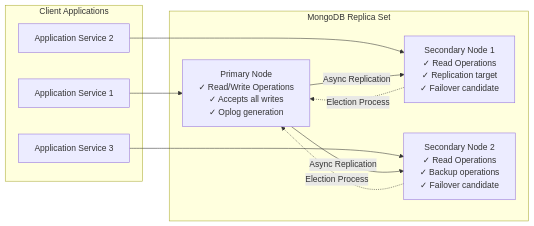
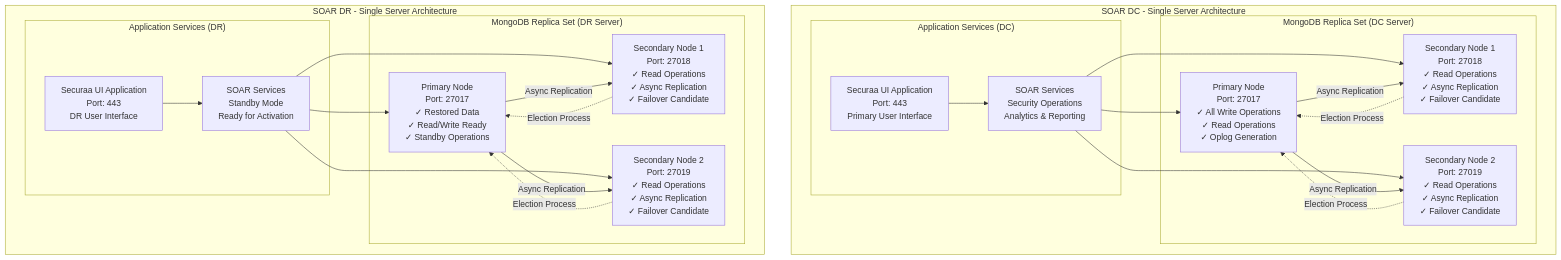
Before and after one commit to Vishwa0220/customers-docs: the second of 8 diagrams in HA_DR_Architecture_Documentation.md, drawn with Mermaid. The commit also changed other lines of this file, not shown here.

````diff
--- a/HA_DR_Architecture_Documentation.md
+++ b/HA_DR_Architecture_Documentation.md
@@ -163,24 +128,56 @@
 ```mermaid
-graph LR
-    subgraph "MongoDB Replica Set"
-        PRIMARY[Primary Node<br/>✓ Read/Write Operations<br/>✓ Accepts all writes<br/>✓ Oplog generation]
-        SECONDARY1[Secondary Node 1<br/>✓ Read Operations<br/>✓ Replication target<br/>✓ Failover candidate]
-        SECONDARY2[Secondary Node 2<br/>✓ Read Operations<br/>✓ Backup operations<br/>✓ Failover candidate]
+graph TB
+    subgraph "SOAR DC - Single Server Architecture"
+        subgraph "MongoDB Replica Set (DC Server)"
+            PRIMARY_DC[Primary Node<br/>Port: 27017<br/>✓ All Write Operations<br/>✓ Read Operations<br/>✓ Oplog Generation]
+            
+            SECONDARY1_DC[Secondary Node 1<br/>Port: 27018<br/>✓ Read Operations<br/>✓ Async Replication<br/>✓ Failover Candidate]
+            
+            SECONDARY2_DC[Secondary Node 2<br/>Port: 27019<br/>✓ Read Operations<br/>✓ Async Replication<br/>✓ Failover Candidate]
+        end
+        
+        subgraph "Application Services (DC)"
+            UI_APP_DC[Securaa UI Application<br/>Port: 443<br/>Primary User Interface]
+            SOAR_SERVICES_DC[SOAR Services<br/>Security Operations<br/>Analytics & Reporting]
+        end
     end
     
-    subgraph "Client Applications"
-        APP1[Application Service 1]
-        APP2[Application Service 2]
-        APP3[Application Service 3]
+    subgraph "SOAR DR - Single Server Architecture"
+        subgraph "MongoDB Replica Set (DR Server)"
+            PRIMARY_DR[Primary Node<br/>Port: 27017<br/>✓ Restored Data<br/>✓ Read/Write Ready<br/>✓ Standby Operations]
+            
+            SECONDARY1_DR[Secondary Node 1<br/>Port: 27018<br/>✓ Read Operations<br/>✓ Async Replication<br/>✓ Failover Candidate]
+            
+            SECONDARY2_DR[Secondary Node 2<br/>Port: 27019<br/>✓ Read Operations<br/>✓ Async Replication<br/>✓ Failover Candidate]
+        end
+        
+        subgraph "Application Services (DR)"
+            UI_APP_DR[Securaa UI Application<br/>Port: 443<br/>DR User Interface]
+            SOAR_SERVICES_DR[SOAR Services<br/>Standby Mode<br/>Ready for Activation]
+        end
     end
     
-    APP1 --> PRIMARY
-    APP2 --> SECONDARY1
-    APP3 --> SECONDARY2
+    %% DC Internal Connections
+    UI_APP_DC --> SOAR_SERVICES_DC
+    SOAR_SERVICES_DC --> PRIMARY_DC
+    SOAR_SERVICES_DC --> SECONDARY1_DC
+    SOAR_SERVICES_DC --> SECONDARY2_DC
     
-    PRIMARY -->|Async Replication| SECONDARY1
-    PRIMARY -->|Async Replication| SECONDARY2
+    %% DC Replica Set Replication
+    PRIMARY_DC -->|Async Replication| SECONDARY1_DC
+    PRIMARY_DC -->|Async Replication| SECONDARY2_DC
+    SECONDARY1_DC -.->|Election Process| PRIMARY_DC
+    SECONDARY2_DC -.->|Election Process| PRIMARY_DC
     
-    SECONDARY1 -.->|Election Process| PRIMARY
-    SECONDARY2 -.->|Election Process| PRIMARY
+    %% DR Internal Connections
+    UI_APP_DR --> SOAR_SERVICES_DR
+    SOAR_SERVICES_DR --> PRIMARY_DR
+    SOAR_SERVICES_DR --> SECONDARY1_DR
+    SOAR_SERVICES_DR --> SECONDARY2_DR
+    
+    %% DR Replica Set Replication
+    PRIMARY_DR -->|Async Replication| SECONDARY1_DR
+    PRIMARY_DR -->|Async Replication| SECONDARY2_DR
+    SECONDARY1_DR -.->|Election Process| PRIMARY_DR
+    SECONDARY2_DR -.->|Election Process| PRIMARY_DR
 ```
````
